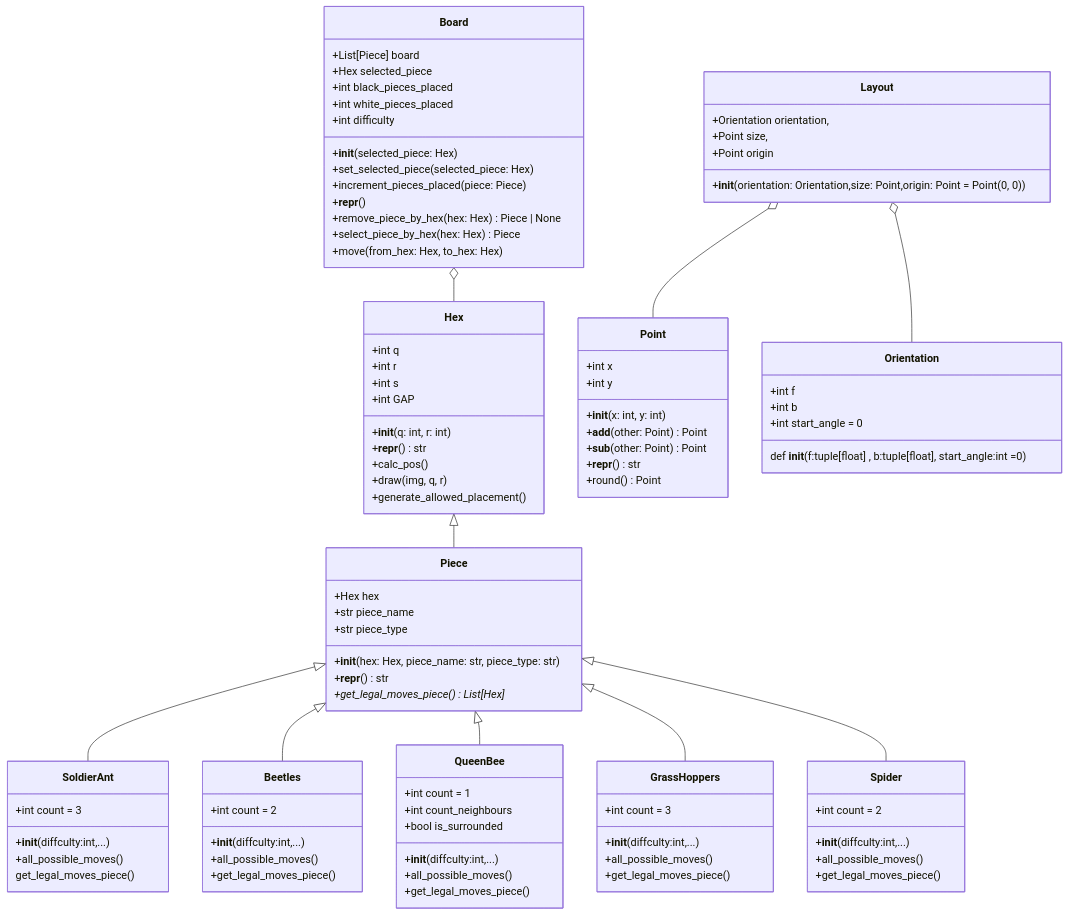
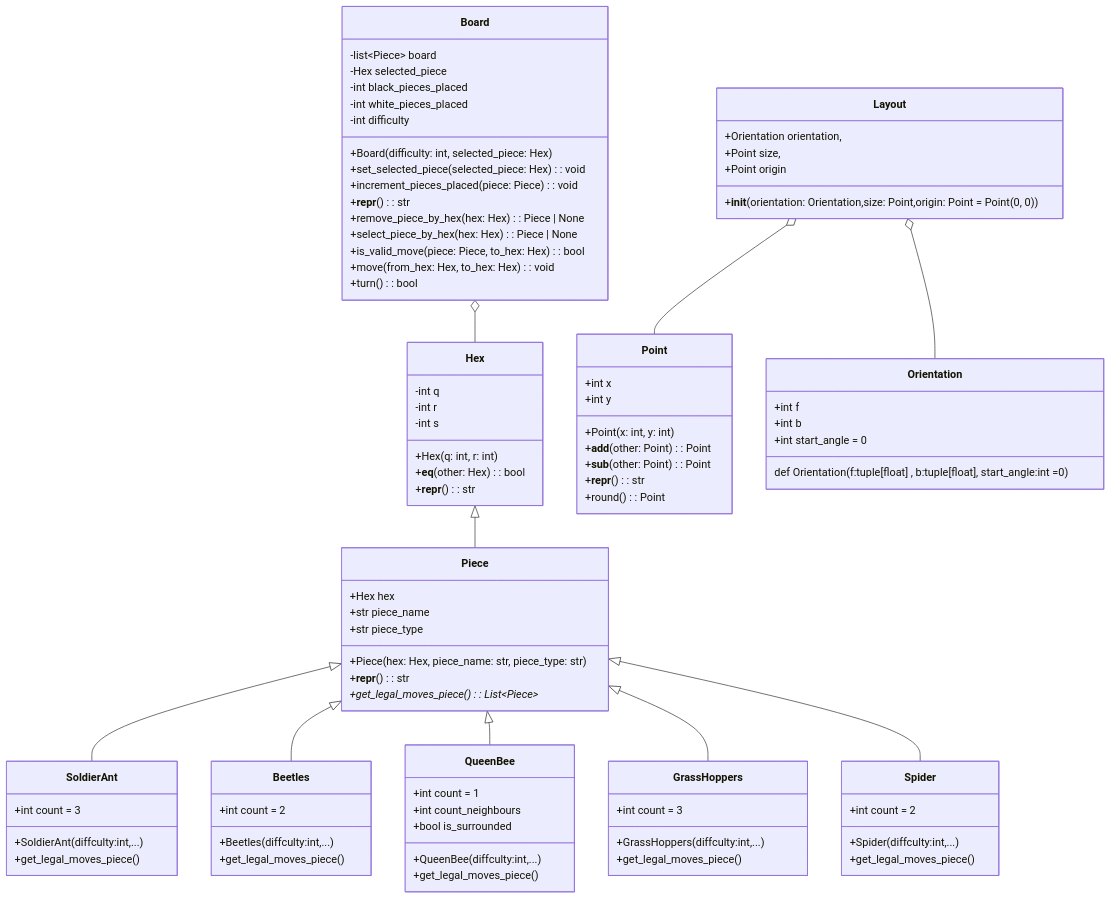
The diagram in Classes.md (omaremadd/Hive-Game), drawn with Mermaid before and after one commit. The commit also changed 2 other files, not shown here.

Commit message:
Modfied classes and updated class diagram
Modified Piece, Board classes

````diff
--- a/Classes.md
+++ b/Classes.md
@@ -3,18 +3,21 @@
 ```mermaid
 classDiagram
     class Board {
-        +List[Piece] board
-        +Hex selected_piece
-        +int black_pieces_placed
-        +int white_pieces_placed
-        +int difficulty
-        +__init__(selected_piece: Hex)
-        +set_selected_piece(selected_piece: Hex)
-        +increment_pieces_placed(piece: Piece)
-        +__repr__()
-        +remove_piece_by_hex(hex: Hex) Piece | None
-        +select_piece_by_hex(hex: Hex) Piece
-        +move(from_hex: Hex, to_hex: Hex)
+        -list~Piece~ board
+        -Hex selected_piece
+        -int black_pieces_placed
+        -int white_pieces_placed
+        -int difficulty
+
+        +Board(difficulty: int, selected_piece: Hex)
+        +set_selected_piece(selected_piece: Hex): void
+        +increment_pieces_placed(piece: Piece): void
+        +__repr__(): str
+        +remove_piece_by_hex(hex: Hex): Piece | None
+        +select_piece_by_hex(hex: Hex): Piece | None
+        +is_valid_move(piece: Piece, to_hex: Hex): bool
+        +move(from_hex: Hex, to_hex: Hex): void
+        +turn(): bool
     }
 
 
@@ -22,31 +25,29 @@
         +int f
         +int b
         +int start_angle = 0
-        def __init__(f:tuple[float] , b:tuple[float], start_angle:int =0) 
+        def Orientation(f:tuple[float] , b:tuple[float], start_angle:int =0) 
     }
 
     class Piece {
         +Hex hex
         +str piece_name
         +str piece_type
-        +__init__(hex: Hex, piece_name: str, piece_type: str)
-        +__repr__() str
-        +get_legal_moves_piece()* List[Hex]
+        +Piece(hex: Hex, piece_name: str, piece_type: str)
+        +__repr__(): str
+        +get_legal_moves_piece()*: List~Piece~
     }
     
 
-    class Hex{
-        +int q
-        +int r
-        +int s
-        +int GAP
-        +__init__(q: int, r: int)
-        +__repr__() str
-        +calc_pos()
-        +draw(img, q, r)
-        +generate_allowed_placement()
+    class Hex {
+        -int q
+        -int r
+        -int s
 
+        +Hex(q: int, r: int)
+        +__eq__(other: Hex): bool
+        +__repr__(): str
     }
+
 
     class Layout{
         +Orientation orientation,
@@ -59,43 +60,38 @@
     class Point {
         +int x
         +int y
-        +__init__(x: int, y: int)
-        +__add__(other: Point) Point
-        +__sub__(other: Point) Point
-        +__repr__() str
-        +round() Point
+        +Point(x: int, y: int)
+        +__add__(other: Point): Point
+        +__sub__(other: Point): Point
+        +__repr__(): str
+        +round(): Point
     }
 
     class SoldierAnt{
         +int count = 3
-        +__init__(diffculty:int,...)
-        +all_possible_moves()
-        get_legal_moves_piece()
+        +SoldierAnt(diffculty:int,...)
+        +get_legal_moves_piece()
     }    
     class Beetles{
         +int count = 2
-        +__init__(diffculty:int,...)
-        +all_possible_moves()
+        +Beetles(diffculty:int,...)
         +get_legal_moves_piece()
     }
     class QueenBee{
         +int count = 1
         +int count_neighbours
         +bool is_surrounded
-        +__init__(diffculty:int,...)
-        +all_possible_moves()
+        +QueenBee(diffculty:int,...)
         +get_legal_moves_piece()
     }
     class GrassHoppers{
         +int count = 3
-        +__init__(diffculty:int,...)
-        +all_possible_moves()
+        +GrassHoppers(diffculty:int,...)
         +get_legal_moves_piece()
     }
     class Spider{
         +int count = 2
-        +__init__(diffculty:int,...)
-        +all_possible_moves()
+        +Spider(diffculty:int,...)
         +get_legal_moves_piece()
     }
 
````
